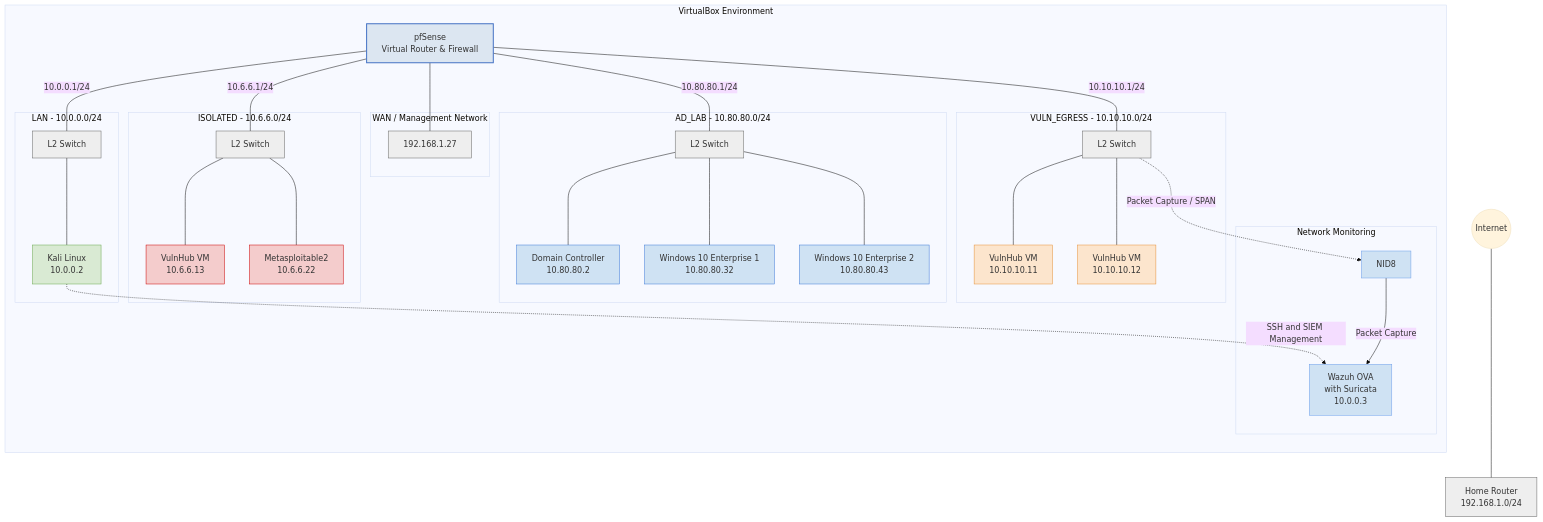
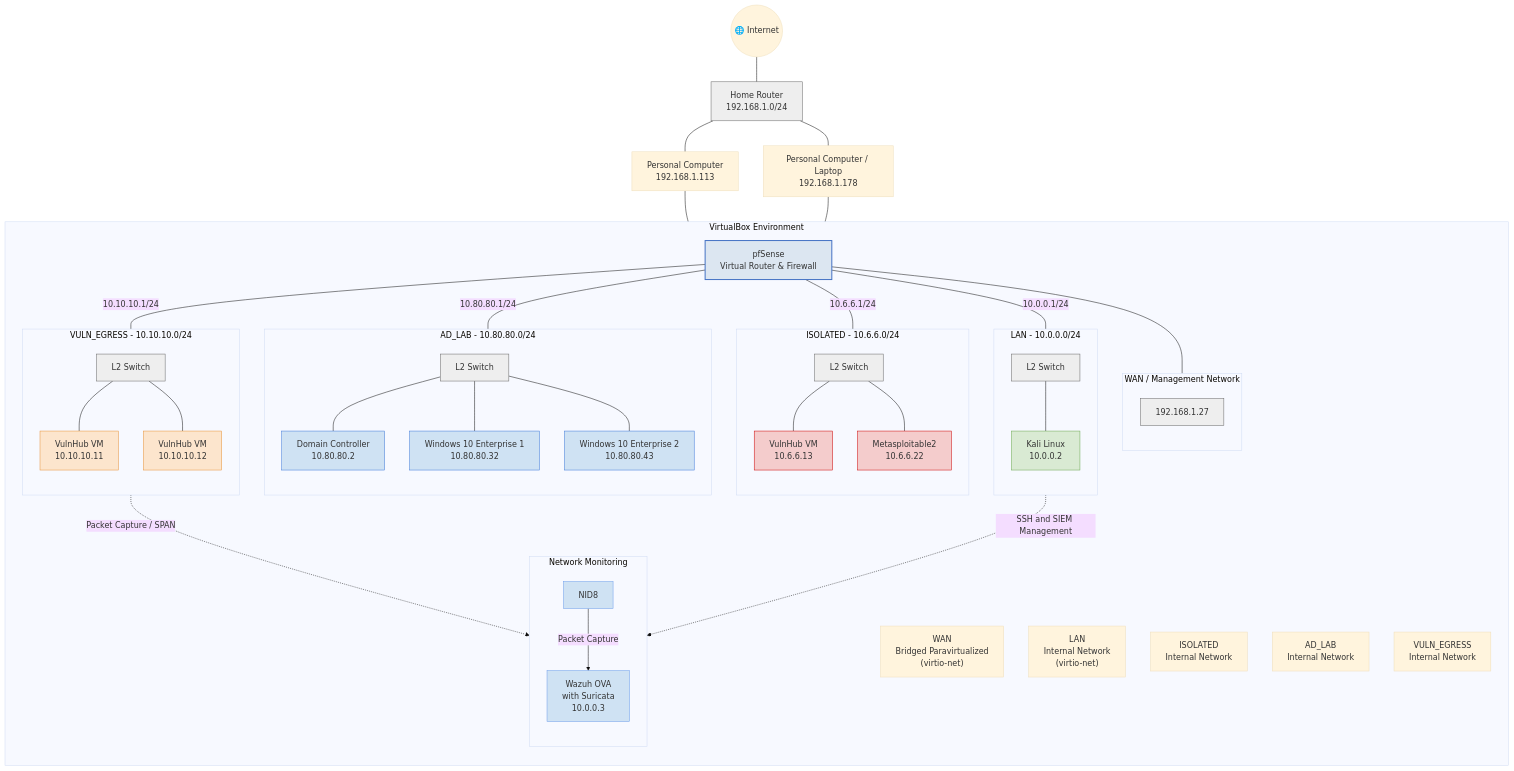
One commit to lmattingly6/VirtualBox-siem-lab changed the diagram in README.md. Above: the diagram before and after it, drawn with Mermaid (base theme).

Commit message:
Enhance network architecture visualization in README
Updated network architecture diagram with improved labels and connections.

````diff
--- a/README.md
+++ b/README.md
@@ -15,11 +15,18 @@
 ```mermaid
+
 flowchart TB
 
     %% HOME NETWORK
-    Internet(("Internet"))
+    Internet(("🌐 Internet"))
     Router["Home Router<br/>192.168.1.0/24"]
 
     Internet --- Router
+
+    PC["Personal Computer<br/>192.168.1.113"]
+    Laptop["Personal Computer / Laptop<br/>192.168.1.178"]
+
+    Router --- PC
+    Router --- Laptop
 
     %% VIRTUALBOX ENVIRONMENT
     subgraph VB["VirtualBox Environment"]
@@ -27,20 +34,28 @@
 
         FW["pfSense<br/>Virtual Router & Firewall"]
 
-        %% WAN / MANAGEMENT
+        %% NETWORK INTERFACES
+        WAN["WAN<br/>Bridged Paravirtualized<br/>(virtio-net)"]
+        LAN["LAN<br/>Internal Network<br/>(virtio-net)"]
+        ISO["ISOLATED<br/>Internal Network"]
+        AD["AD_LAB<br/>Internal Network"]
+        VULN["VULN_EGRESS<br/>Internal Network"]
+
+        %% NETWORK SEGMENTS
         subgraph NET1["WAN / Management Network"]
+            direction TB
             MGT["192.168.1.27"]
         end
 
-        %% LAN
         subgraph NET2["LAN - 10.0.0.0/24"]
+            direction TB
             SW1["L2 Switch"]
             KALI["Kali Linux<br/>10.0.0.2"]
             SW1 --- KALI
         end
 
-        %% ISOLATED NETWORK
         subgraph NET3["ISOLATED - 10.6.6.0/24"]
+            direction TB
             SW2["L2 Switch"]
             VH1["VulnHub VM<br/>10.6.6.13"]
             META["Metasploitable2<br/>10.6.6.22"]
@@ -48,8 +63,8 @@
             SW2 --- META
         end
 
-        %% ACTIVE DIRECTORY LAB
         subgraph NET4["AD_LAB - 10.80.80.0/24"]
+            direction TB
             SW3["L2 Switch"]
             DC["Domain Controller<br/>10.80.80.2"]
             WIN1["Windows 10 Enterprise 1<br/>10.80.80.32"]
@@ -59,8 +74,8 @@
             SW3 --- WIN2
         end
 
-        %% VULNERABLE NETWORK
         subgraph NET5["VULN_EGRESS - 10.10.10.0/24"]
+            direction TB
             SW4["L2 Switch"]
             VH2["VulnHub VM<br/>10.10.10.11"]
             VH3["VulnHub VM<br/>10.10.10.12"]
@@ -68,8 +83,8 @@
             SW4 --- VH3
         end
 
-        %% NETWORK MONITORING
         subgraph NET6["Network Monitoring"]
+            direction TB
             NID["NID8"]
             WAZUH["Wazuh OVA<br/>with Suricata<br/>10.0.0.3"]
             NID -->|"Packet Capture"| WAZUH
@@ -77,6 +92,7 @@
 
         %% PFSENSE CONNECTIONS
         FW --- MGT
+
         FW ---|"10.0.0.1/24"| SW1
         FW ---|"10.6.6.1/24"| SW2
         FW ---|"10.80.80.1/24"| SW3
@@ -88,6 +104,10 @@
         %% MANAGEMENT CONNECTION
         KALI -.->|"SSH and SIEM Management"| WAZUH
     end
+
+    %% HOST CONNECTION TO VIRTUALBOX
+    PC --- VB
+    Laptop --- VB
 
     %% STYLING
     classDef firewall fill:#dce6f1,stroke:#4472c4,stroke-width:2px
````
